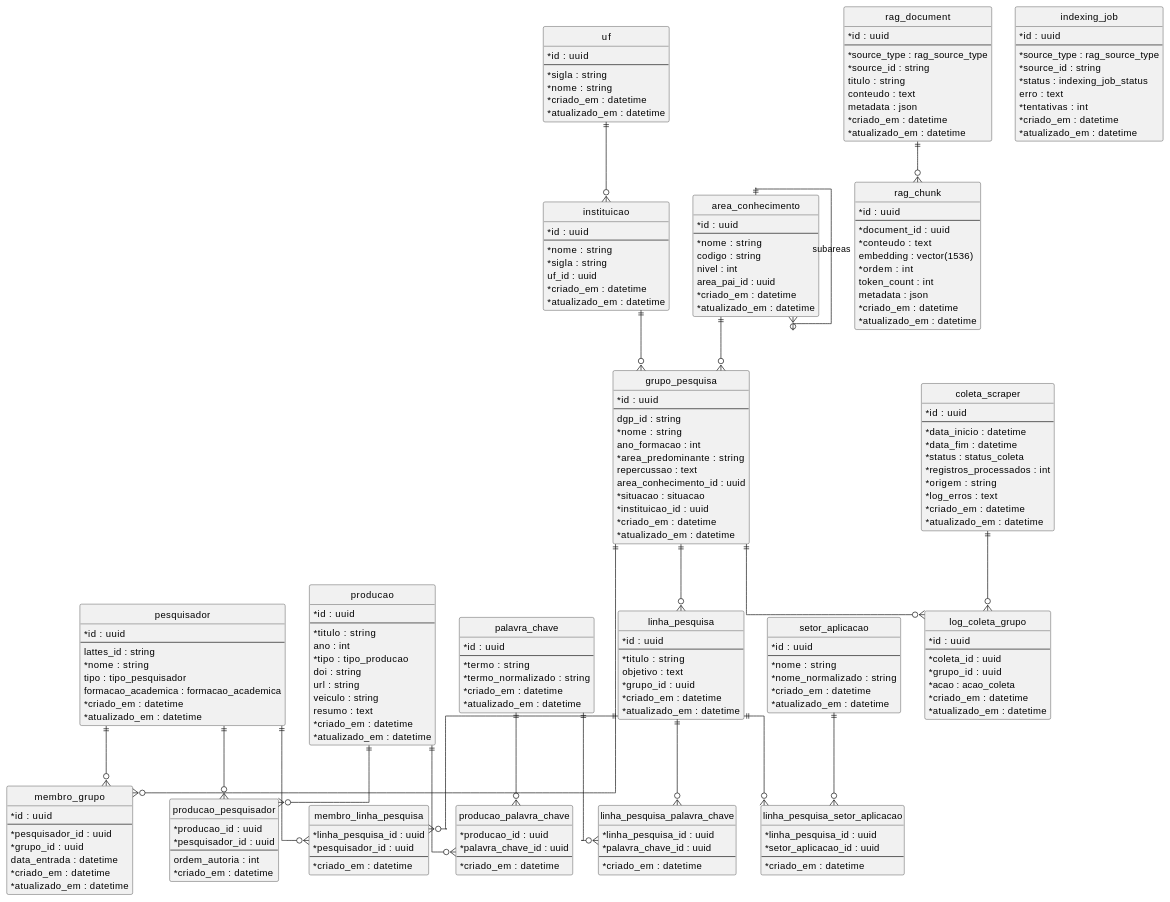
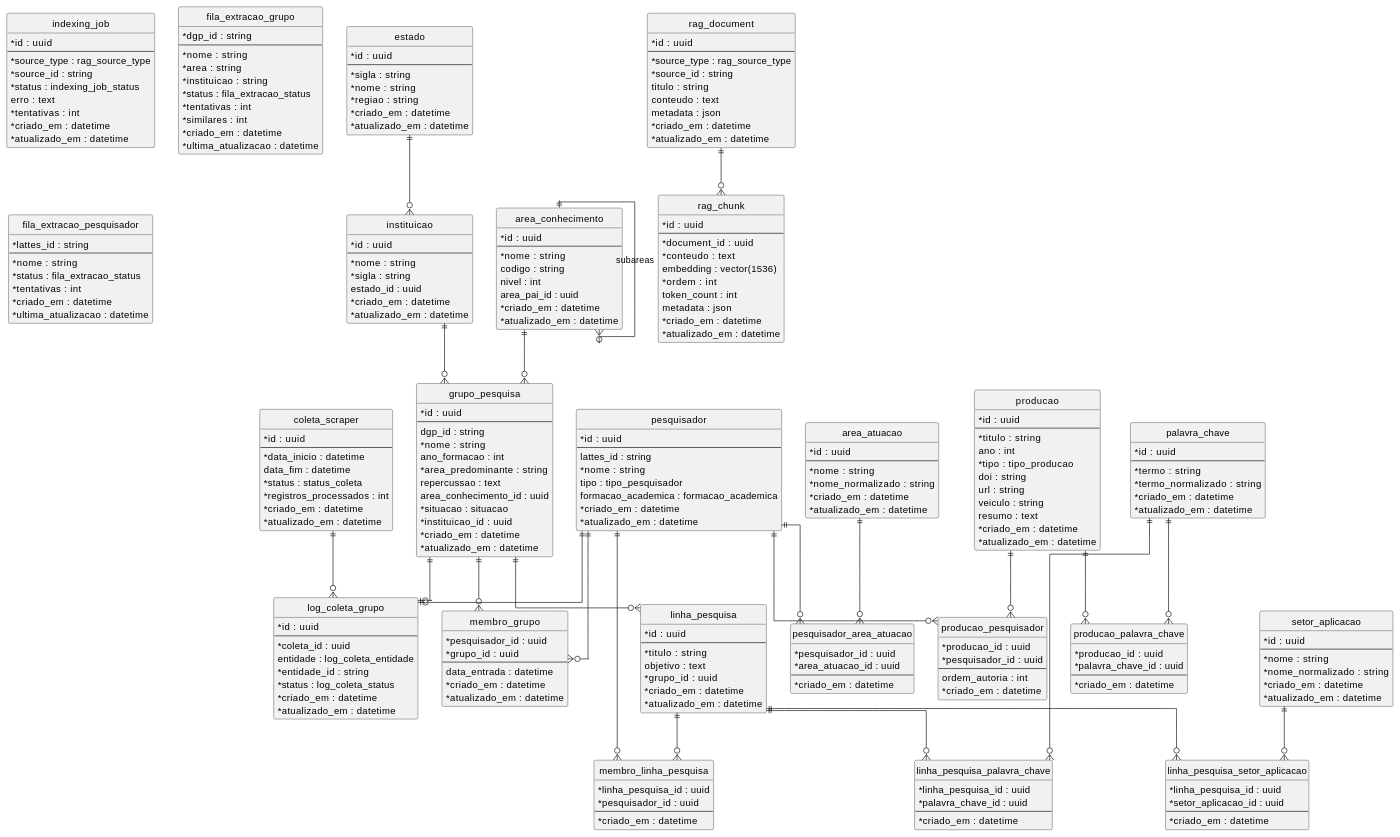
Before and after one commit to VerttB/oda: the second of 2 diagrams in docs/backend-spec.md, drawn with PlantUML. The commit also changed other lines of this file and 28 other files, not shown here.

````diff
--- a/docs/backend-spec.md
+++ b/docs/backend-spec.md
@@ -371,11 +374,12 @@
 skinparam linetype ortho
 skinparam classAttributeIconSize 0
 
-entity "uf" as Uf {
+entity "estado" as Estado {
   * id : uuid
   --
   * sigla : string
   * nome : string
+  * regiao : string
   * criado_em : datetime
   * atualizado_em : datetime
 }
@@ -385,7 +389,7 @@
   --
   * nome : string
   * sigla : string
-  uf_id : uuid
+  estado_id : uuid
   * criado_em : datetime
   * atualizado_em : datetime
 }
@@ -437,11 +441,26 @@
   * atualizado_em : datetime
 }
 
-entity "membro_grupo" as MembroGrupo {
+entity "area_atuacao" as AreaAtuacao {
   * id : uuid
   --
+  * nome : string
+  * nome_normalizado : string
+  * criado_em : datetime
+  * atualizado_em : datetime
+}
+
+entity "pesquisador_area_atuacao" as PesquisadorAreaAtuacao {
+  * pesquisador_id : uuid
+  * area_atuacao_id : uuid
+  --
+  * criado_em : datetime
+}
+
+entity "membro_grupo" as MembroGrupo {
   * pesquisador_id : uuid
   * grupo_id : uuid
+  --
   data_entrada : datetime
   * criado_em : datetime
   * atualizado_em : datetime
@@ -556,26 +575,48 @@
   * id : uuid
   --
   * data_inicio : datetime
-  * data_fim : datetime
+  data_fim : datetime
   * status : status_coleta
   * registros_processados : int
-  * origem : string
-  * log_erros : text
   * criado_em : datetime
   * atualizado_em : datetime
 }
 
-entity "log_coleta_grupo" as LogColetaGrupo {
+entity "log_coleta_grupo" as LogColetaItem {
   * id : uuid
   --
   * coleta_id : uuid
-  * grupo_id : uuid
-  * acao : acao_coleta
+  entidade : log_coleta_entidade
+  * entidade_id : string
+  * status : log_coleta_status
   * criado_em : datetime
   * atualizado_em : datetime
 }
 
-Uf ||--o{ Instituicao
+entity "fila_extracao_grupo" as FilaExtracaoGrupo {
+  * dgp_id : string
+  --
+  * nome : string
+  * area : string
+  * instituicao : string
+  * status : fila_extracao_status
+  * tentativas : int
+  * similares : int
+  * criado_em : datetime
+  * ultima_atualizacao : datetime
+}
+
+entity "fila_extracao_pesquisador" as FilaExtracaoPesquisador {
+  * lattes_id : string
+  --
+  * nome : string
+  * status : fila_extracao_status
+  * tentativas : int
+  * criado_em : datetime
+  * ultima_atualizacao : datetime
+}
+
+Estado ||--o{ Instituicao
 Instituicao ||--o{ GrupoPesquisa
 AreaConhecimento ||--o{ GrupoPesquisa
 AreaConhecimento ||--o{ AreaConhecimento : subareas
@@ -590,10 +631,13 @@
 SetorAplicacao ||--o{ LinhaPesquisaSetorAplicacao
 Producao ||--o{ ProducaoPesquisador
 Pesquisador ||--o{ ProducaoPesquisador
+Pesquisador ||--o{ PesquisadorAreaAtuacao
+AreaAtuacao ||--o{ PesquisadorAreaAtuacao
 Producao ||--o{ ProducaoPalavraChave
 PalavraChave ||--o{ ProducaoPalavraChave
 RagDocument ||--o{ RagChunk
-ColetaScraper ||--o{ LogColetaGrupo
-GrupoPesquisa ||--o{ LogColetaGrupo
+ColetaScraper ||--o{ LogColetaItem
+GrupoPesquisa ||--o| LogColetaItem
+Pesquisador ||--o| LogColetaItem
 @enduml
 ```
````
